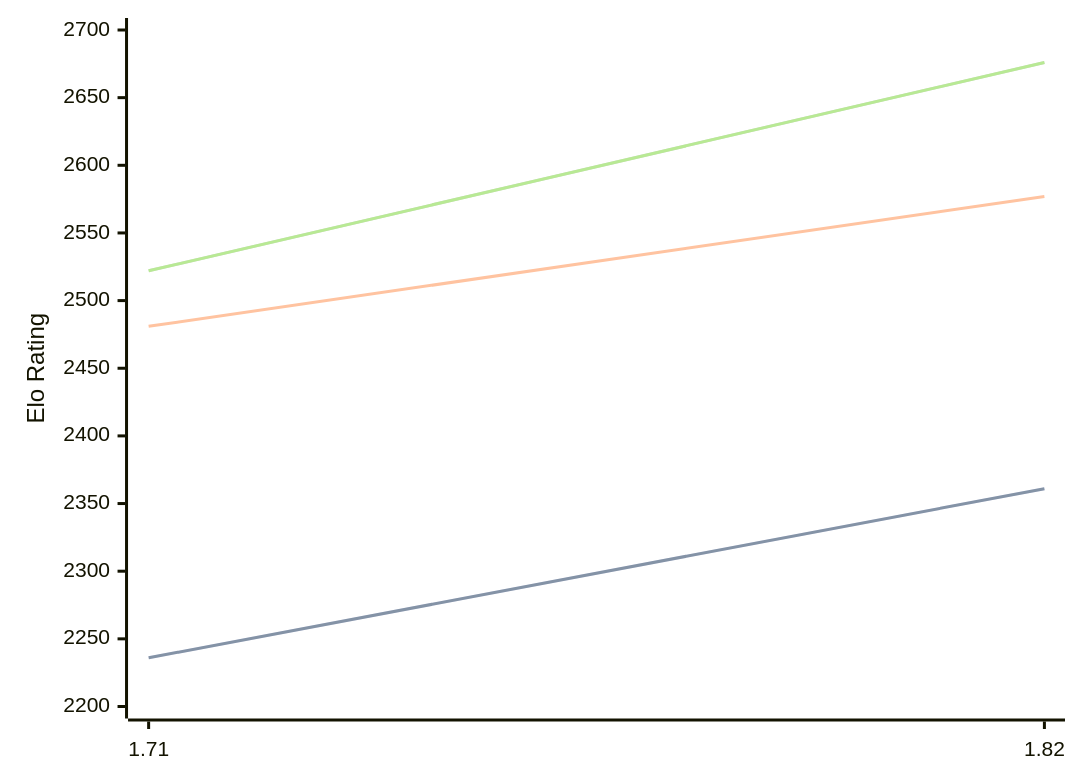
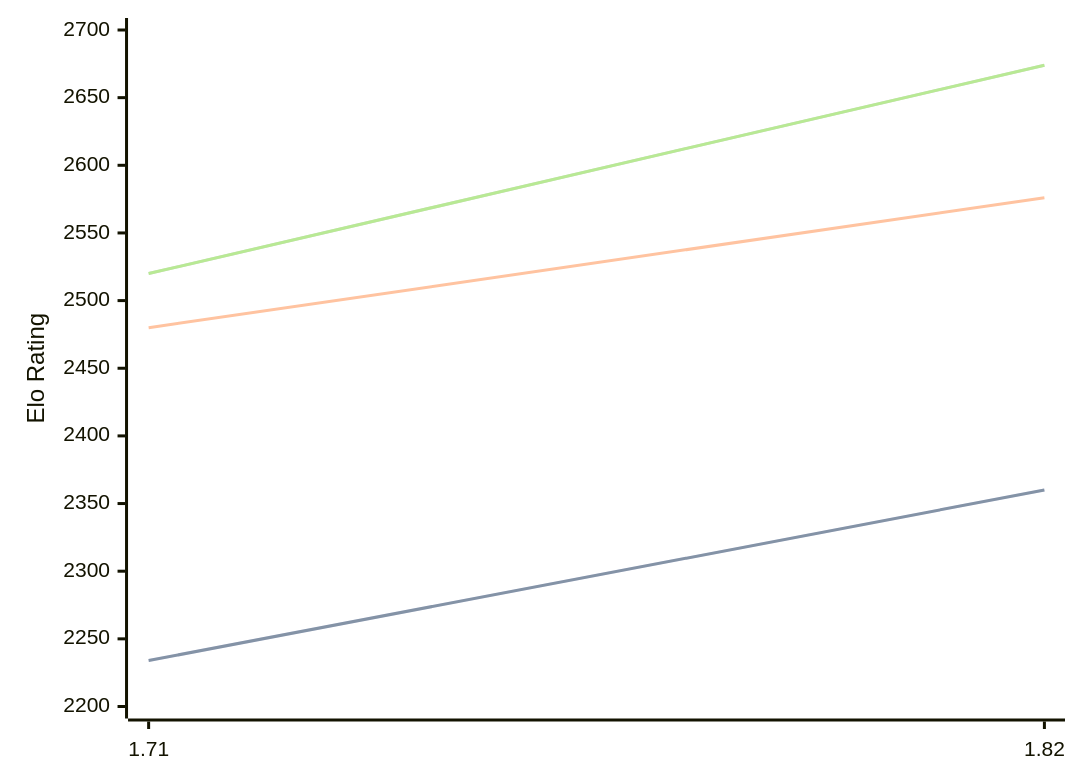
The diagram in engines/Amira.md (computer-chess-index/cci), drawn with Mermaid before and after one commit. The commit also changed other lines of this file, not shown here.

Commit message:
Update CCI Ratings (ELO VLTC) - 2026-03-08

````diff
--- a/engines/Amira.md
+++ b/engines/Amira.md
@@ -33,11 +33,11 @@
 ```mermaid
 %%{init: {"theme":"base","themeVariables":{"seriesColors:['#a3a3a3','#222221','#faa371']}}}%%
 xychart-beta
   x-axis ["1.71", "1.82"]
   y-axis "Elo Rating" 2200 --> 2700
-  line "STC (8.0+0.08s)" [2236, 2361]
-  line "STC (8.0+0.08s)" [2236, 2361]
-  line "LTC (60.0+0.60s)" [2481, 2577]
-  line "VLTC (2m24s+1.12s)" [2522, 2676]
-  line "VLTC (2m24s+1.12s)" [2522, 2676]
+  line "STC (8.0+0.08s)" [2234, 2360]
+  line "STC (8.0+0.08s)" [2234, 2360]
+  line "LTC (60.0+0.60s)" [2480, 2576]
+  line "VLTC (2m24s+1.12s)" [2520, 2674]
+  line "VLTC (2m24s+1.12s)" [2520, 2674]
 ```
````
